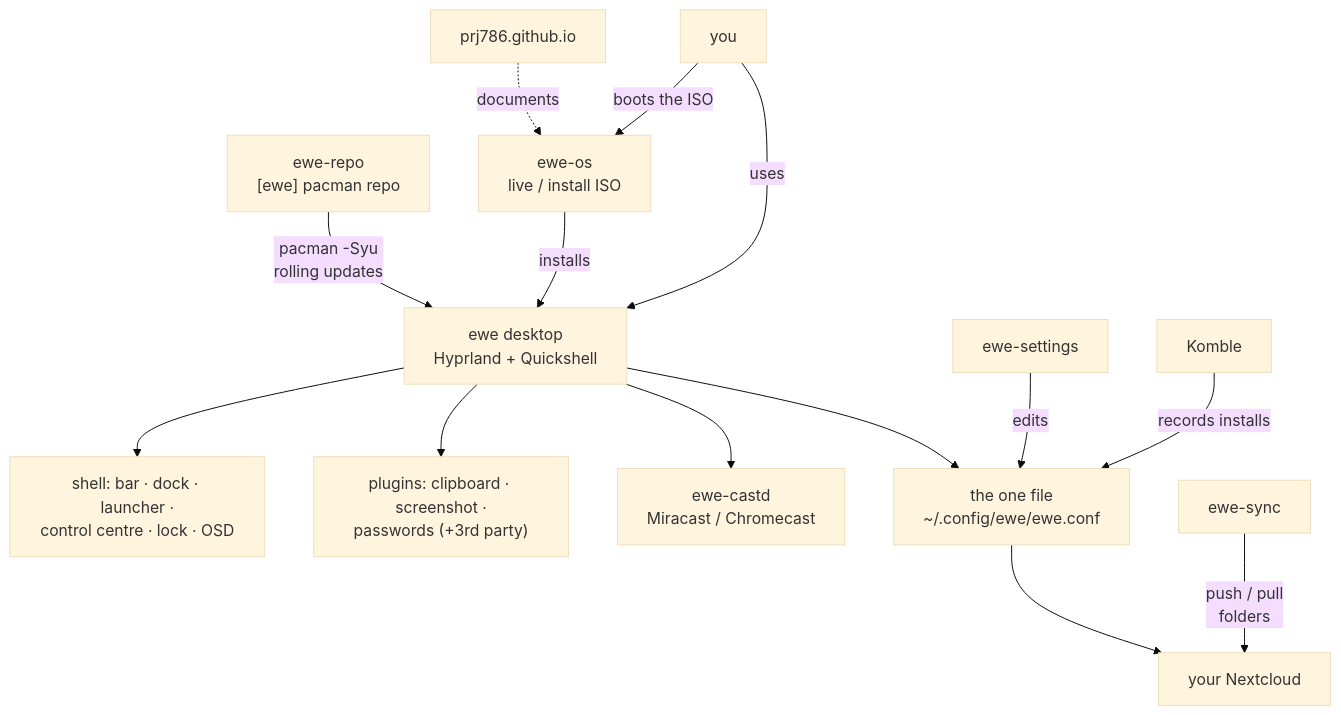
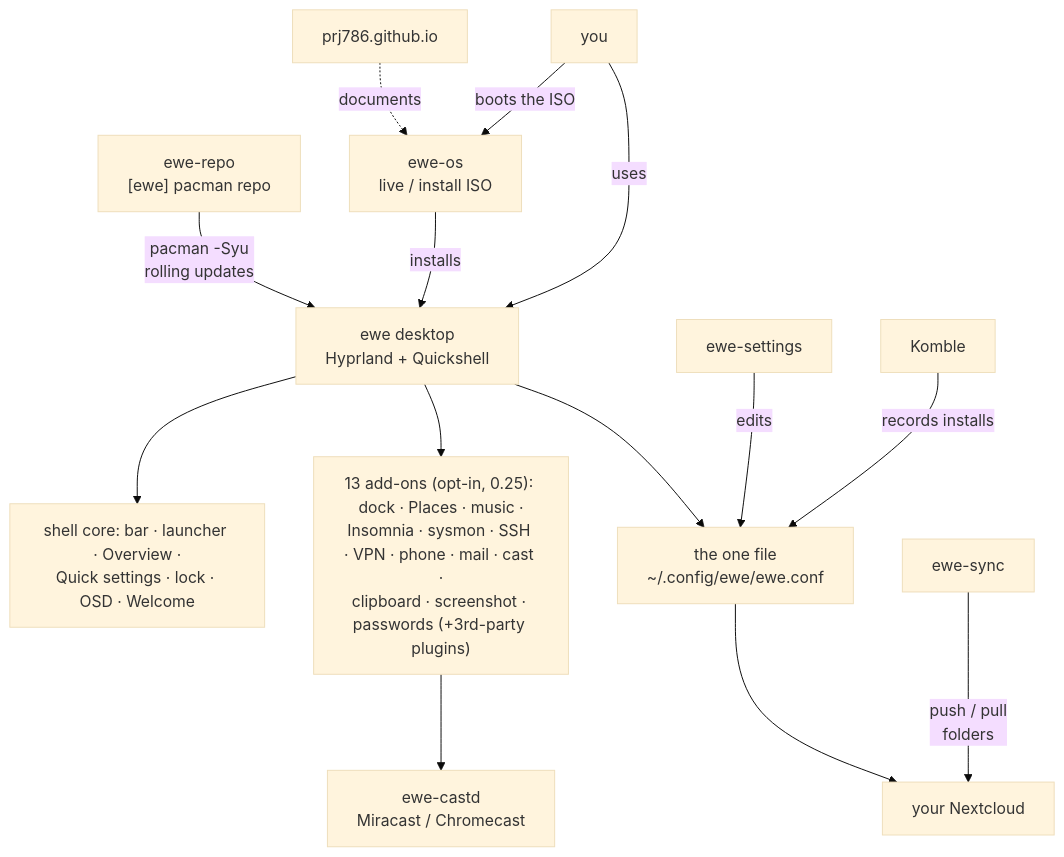
Before and after one commit to prj786/ewe-map: the diagram in Home.md, drawn with Mermaid (base theme). The commit also changed other lines of this file and 11 other files, not shown here.

Commit message:
how-we-work + overview + roadmap: 0.25 gotchas (lid, Overview focus/signals, harness env, headless shots, Loader/attached), harness knobs, add-on loop, release vendoring step, 0.25 status + ledger, open questions, Home index

````diff
--- a/Home.md
+++ b/Home.md
@@ -25,19 +25,19 @@
 ```mermaid
 flowchart TB
     YOU["you"] -->|boots the ISO| ISO["ewe-os<br/>live / install ISO"]
     YOU -->|uses| DE["ewe desktop<br/>Hyprland + Quickshell"]
     ISO -->|installs| DE
     REPO["ewe-repo<br/>[ewe] pacman repo"] -->|"pacman -Syu<br/>rolling updates"| DE
 
-    DE --> SHELL["shell: bar · dock · launcher ·<br/>control centre · lock · OSD"]
-    DE --> PLUGINS["plugins: clipboard · screenshot ·<br/>passwords (+3rd party)"]
-    DE --> CAST["ewe-castd<br/>Miracast / Chromecast"]
+    DE --> SHELL["shell core: bar · launcher · Overview ·<br/>Quick settings · lock · OSD · Welcome"]
+    DE --> PLUGINS["13 add-ons (opt-in, 0.25): dock · Places · music ·<br/>Insomnia · sysmon · SSH · VPN · phone · mail · cast ·<br/>clipboard · screenshot · passwords (+3rd-party plugins)"]
+    PLUGINS --> CAST["ewe-castd<br/>Miracast / Chromecast"]
 
     KOMBLE["Komble"] -->|records installs| ONEFILE["the one file<br/>~/.config/ewe/ewe.conf"]
     SETTINGS["ewe-settings"] -->|edits| ONEFILE
     SYNC["ewe-sync"] -->|"push / pull<br/>folders"| NEXT["your Nextcloud"]
     ONEFILE --> NEXT
     DE --> ONEFILE
 
     WEB["prj786.github.io"] -.->|documents| ISO
 ```
````
